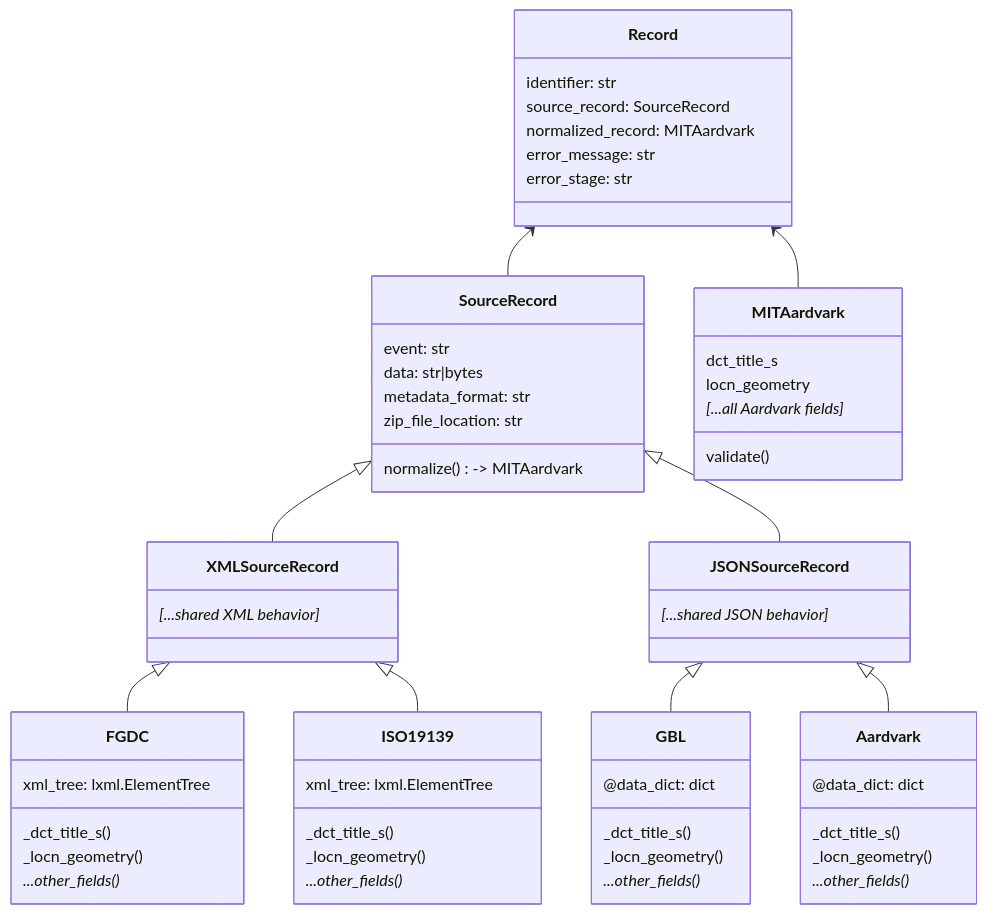
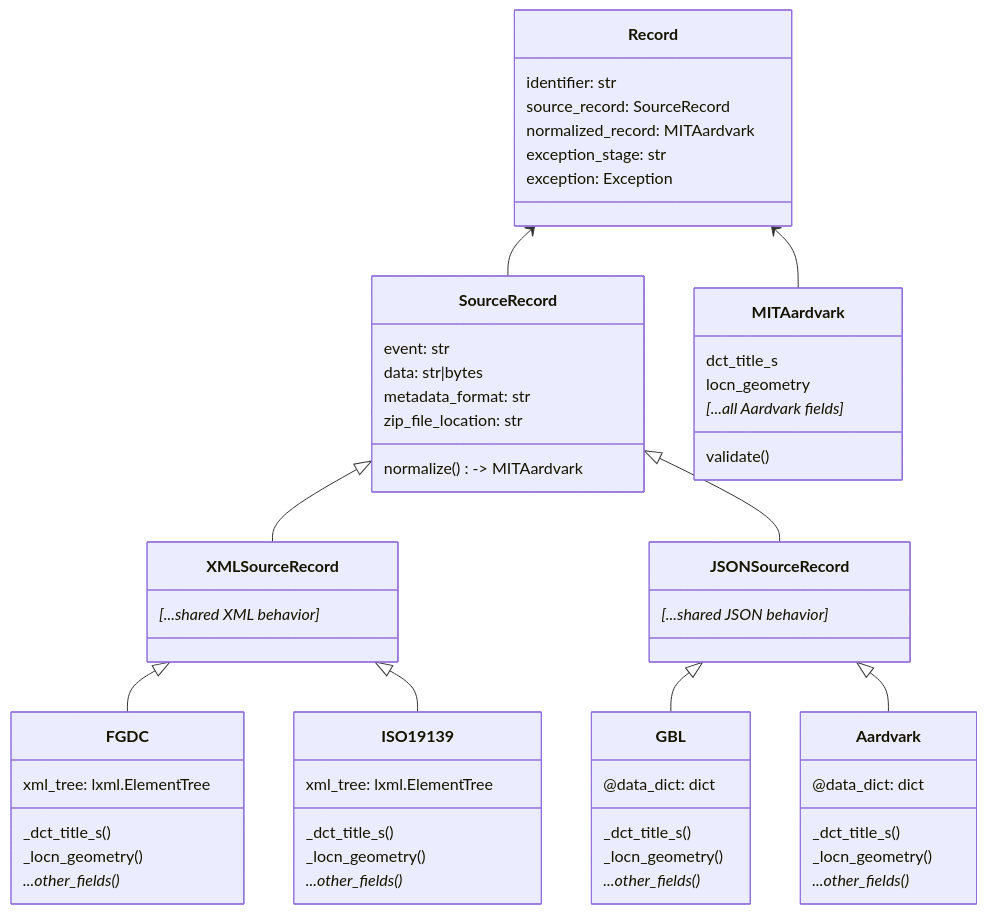
The first of 2 diagrams in docs/metadata_normalization.md (MITLibraries/geo-harvester), drawn with Mermaid before and after one commit. The commit also changed 4 other files, not shown here.

````diff
--- a/docs/metadata_normalization.md
+++ b/docs/metadata_normalization.md
@@ -7,62 +7,62 @@
 ```mermaid
 classDiagram
     class Record{
         identifier: str
         source_record: SourceRecord
         normalized_record: MITAardvark
-        error_message: str
-        error_stage: str
+        exception_stage: str
+        exception: Exception
     }
     class SourceRecord{
         event: str
         data: str|bytes
         metadata_format: str
         zip_file_location: str
         normalize() -> MITAardvark
     }
     class MITAardvark{
         dct_title_s
         locn_geometry
         [...all Aardvark fields]*
         validate()
     }
     class XMLSourceRecord{
         [...shared XML behavior]*
     }
     class JSONSourceRecord{
         [...shared JSON behavior]*
     }
     class FGDC{
         xml_tree: lxml.ElementTree
         _dct_title_s()
         _locn_geometry()
         ...other_fields()*
     }
     class ISO19139{
         xml_tree: lxml.ElementTree
         _dct_title_s()
         _locn_geometry()
         ...other_fields()*
     }
     class GBL{
         @data_dict: dict
         _dct_title_s()
         _locn_geometry()
         ...other_fields()*
     }
     class Aardvark{
         @data_dict: dict
         _dct_title_s()
         _locn_geometry()
         ...other_fields()*
     }
     
     Record <-- SourceRecord
     Record <-- MITAardvark
     SourceRecord <|-- XMLSourceRecord
     SourceRecord <|-- JSONSourceRecord
     XMLSourceRecord <|-- FGDC
     XMLSourceRecord <|-- ISO19139
     JSONSourceRecord <|-- GBL
     JSONSourceRecord <|-- Aardvark
 ```
````
